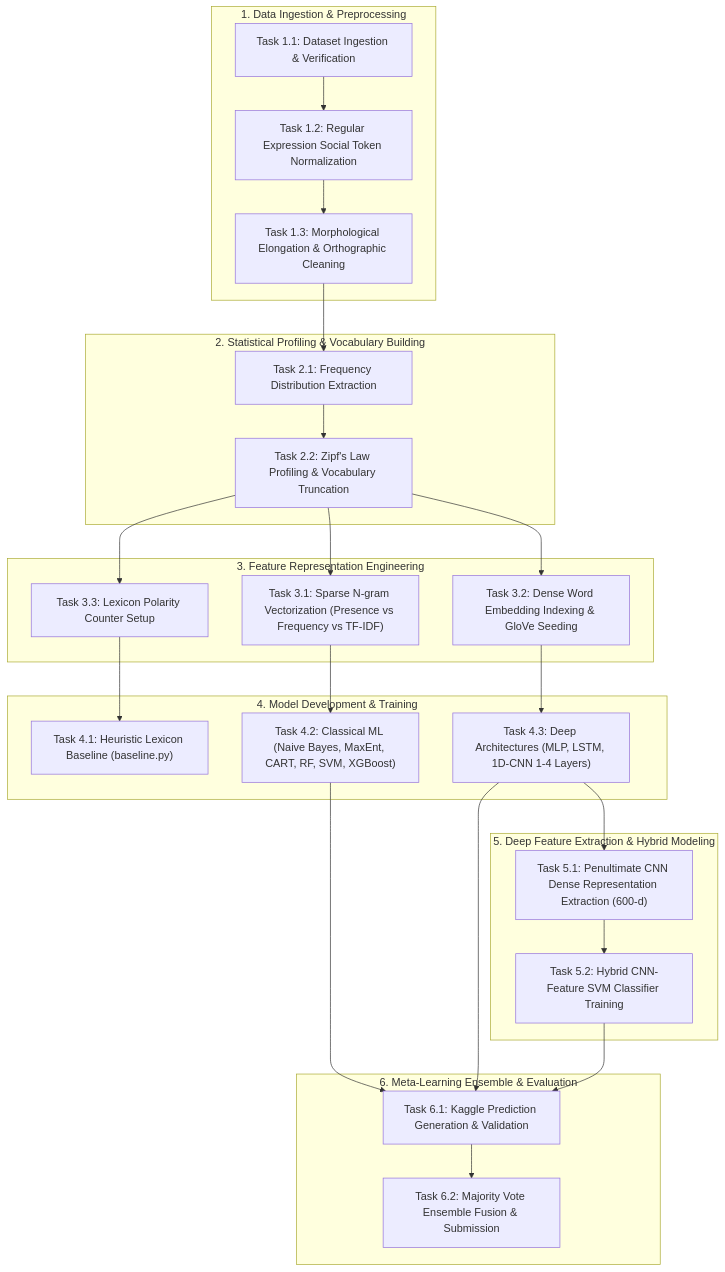
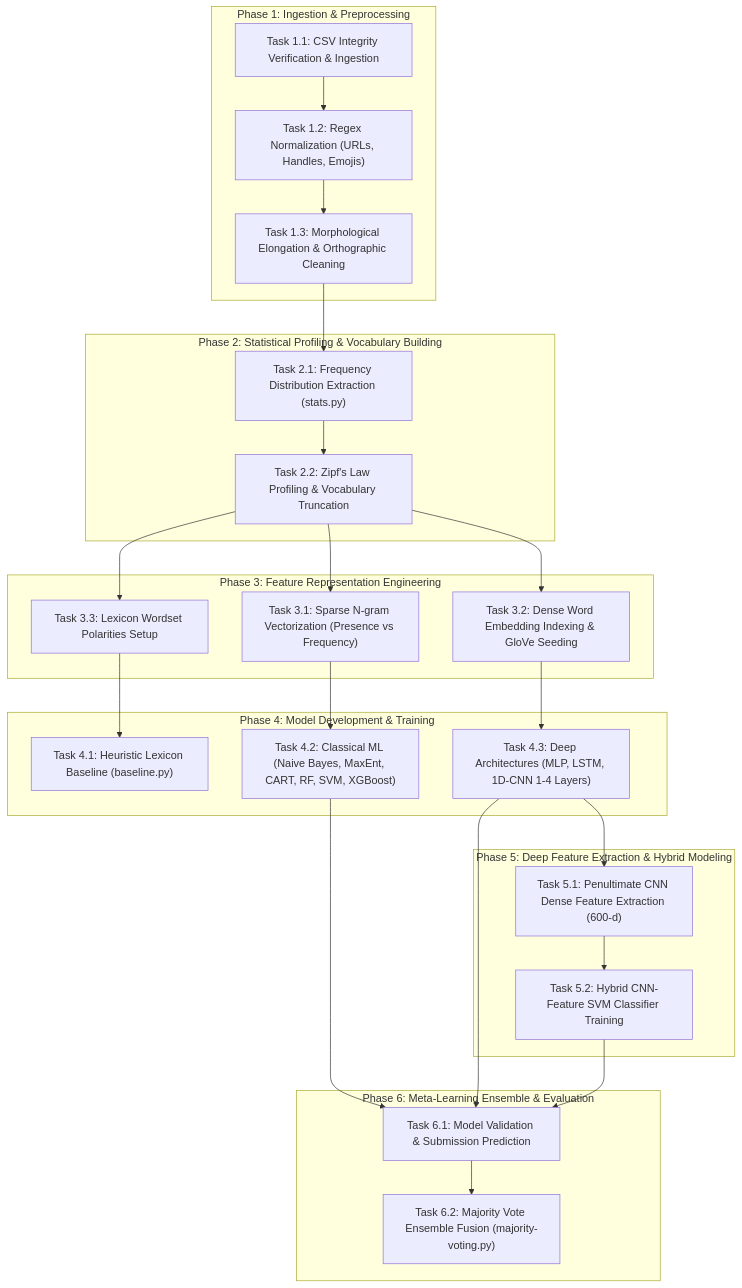
One commit to Urdhva/X-Sentiment-Analysis changed the diagram in PROJECT_REPORT.md. Above: the diagram before and after it, drawn with Mermaid. The commit also changed other lines of this file, not shown here.

Commit message:
docs: Update Phase A Project Report to 2026 edition with modern literature review and challenges

````diff
--- a/PROJECT_REPORT.md
+++ b/PROJECT_REPORT.md
@@ -125,34 +134,34 @@
 ```mermaid
 flowchart TD
-    subgraph Phase1["1. Data Ingestion & Preprocessing"]
-        T1["Task 1.1: Dataset Ingestion & Verification"] --> T2["Task 1.2: Regular Expression Social Token Normalization"]
+    subgraph Phase1["Phase 1: Ingestion & Preprocessing"]
+        T1["Task 1.1: CSV Integrity Verification & Ingestion"] --> T2["Task 1.2: Regex Normalization (URLs, Handles, Emojis)"]
         T2 --> T3["Task 1.3: Morphological Elongation & Orthographic Cleaning"]
     end
 
-    subgraph Phase2["2. Statistical Profiling & Vocabulary Building"]
-        T3 --> T4["Task 2.1: Frequency Distribution Extraction"]
+    subgraph Phase2["Phase 2: Statistical Profiling & Vocabulary Building"]
+        T3 --> T4["Task 2.1: Frequency Distribution Extraction (stats.py)"]
         T4 --> T5["Task 2.2: Zipf's Law Profiling & Vocabulary Truncation"]
     end
 
-    subgraph Phase3["3. Feature Representation Engineering"]
-        T5 --> T6["Task 3.1: Sparse N-gram Vectorization (Presence vs Frequency vs TF-IDF)"]
+    subgraph Phase3["Phase 3: Feature Representation Engineering"]
+        T5 --> T6["Task 3.1: Sparse N-gram Vectorization (Presence vs Frequency)"]
         T5 --> T7["Task 3.2: Dense Word Embedding Indexing & GloVe Seeding"]
-        T5 --> T8["Task 3.3: Lexicon Polarity Counter Setup"]
+        T5 --> T8["Task 3.3: Lexicon Wordset Polarities Setup"]
     end
 
-    subgraph Phase4["4. Model Development & Training"]
+    subgraph Phase4["Phase 4: Model Development & Training"]
         T8 --> T9["Task 4.1: Heuristic Lexicon Baseline (baseline.py)"]
         T6 --> T10["Task 4.2: Classical ML (Naive Bayes, MaxEnt, CART, RF, SVM, XGBoost)"]
         T7 --> T11["Task 4.3: Deep Architectures (MLP, LSTM, 1D-CNN 1-4 Layers)"]
     end
 
-    subgraph Phase5["5. Deep Feature Extraction & Hybrid Modeling"]
-        T11 --> T12["Task 5.1: Penultimate CNN Dense Representation Extraction (600-d)"]
+    subgraph Phase5["Phase 5: Deep Feature Extraction & Hybrid Modeling"]
+        T11 --> T12["Task 5.1: Penultimate CNN Dense Feature Extraction (600-d)"]
         T12 --> T13["Task 5.2: Hybrid CNN-Feature SVM Classifier Training"]
     end
 
-    subgraph Phase6["6. Meta-Learning Ensemble & Evaluation"]
-        T10 & T11 & T13 --> T14["Task 6.1: Kaggle Prediction Generation & Validation"]
-        T14 --> T15["Task 6.2: Majority Vote Ensemble Fusion & Submission"]
+    subgraph Phase6["Phase 6: Meta-Learning Ensemble & Evaluation"]
+        T10 & T11 & T13 --> T14["Task 6.1: Model Validation & Submission Prediction"]
+        T14 --> T15["Task 6.2: Majority Vote Ensemble Fusion (majority-voting.py)"]
     end
 ```
````
